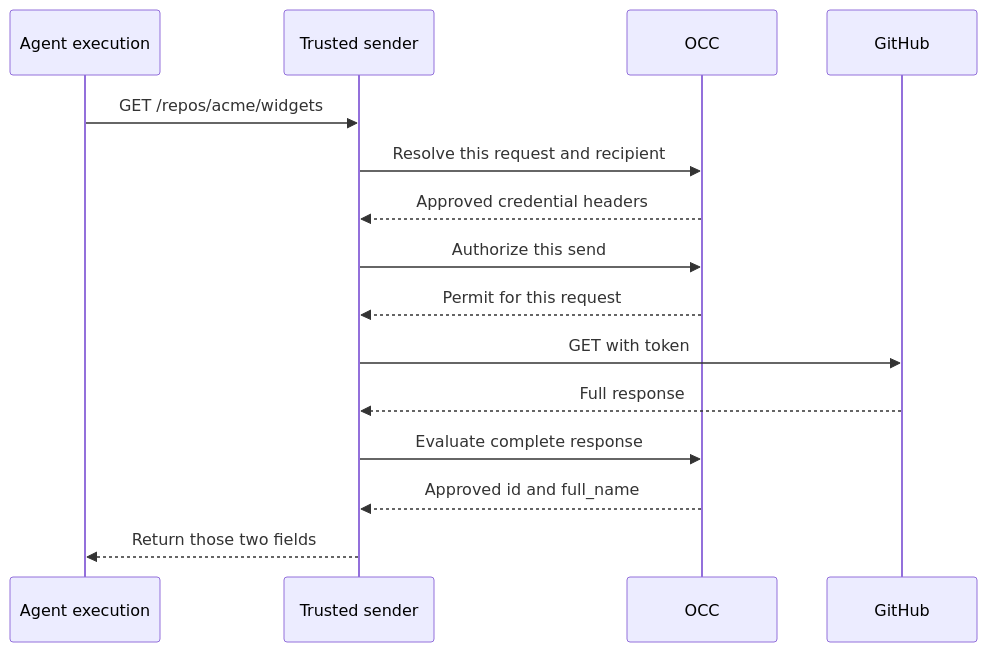
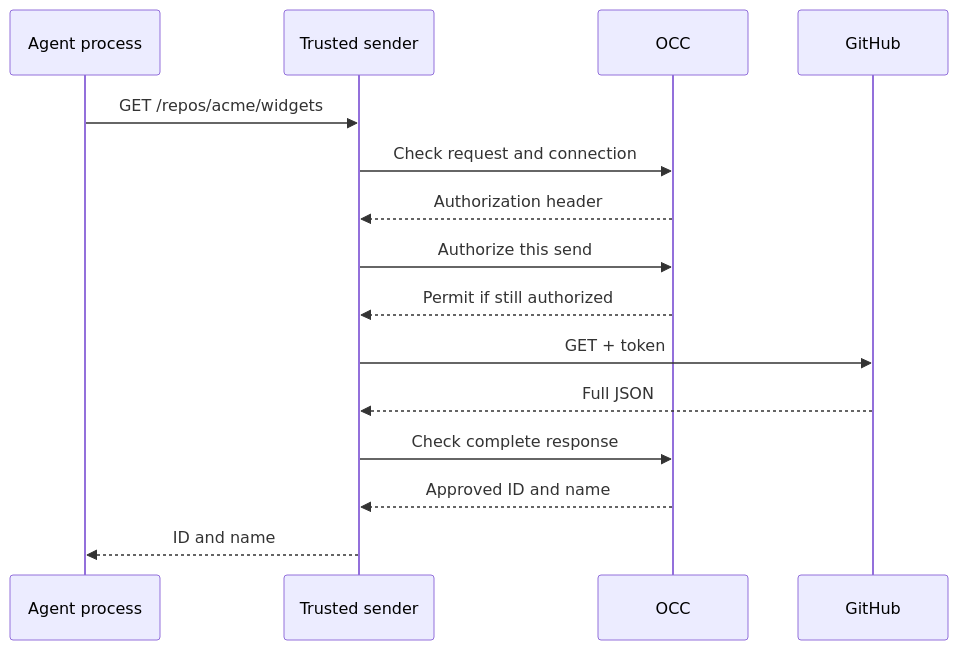
One commit to openclaw/openclaw-enterprise changed the diagram in docs/design/credential-proxy.md. Above: the diagram before and after it, drawn with Mermaid. The commit also changed other lines of this file and 6 other files, not shown here.

````diff
--- a/docs/design/credential-proxy.md
+++ b/docs/design/credential-proxy.md
@@ -22,17 +30,17 @@
 ```mermaid
 sequenceDiagram
-    participant A as Agent execution
+    participant A as Agent process
     participant S as Trusted sender
     participant C as OCC
     participant G as GitHub
     A->>S: GET /repos/acme/widgets
-    S->>C: Resolve this request and recipient
-    C-->>S: Approved credential headers
+    S->>C: Check request and connection
+    C-->>S: Authorization header
     S->>C: Authorize this send
-    C-->>S: Permit for this request
-    S->>G: GET with token
-    G-->>S: Full response
-    S->>C: Evaluate complete response
-    C-->>S: Approved id and full_name
-    S-->>A: Return those two fields
+    C-->>S: Permit if still authorized
+    S->>G: GET + token
+    G-->>S: Full JSON
+    S->>C: Check complete response
+    C-->>S: Approved ID and name
+    S-->>A: ID and name
 ```
````
